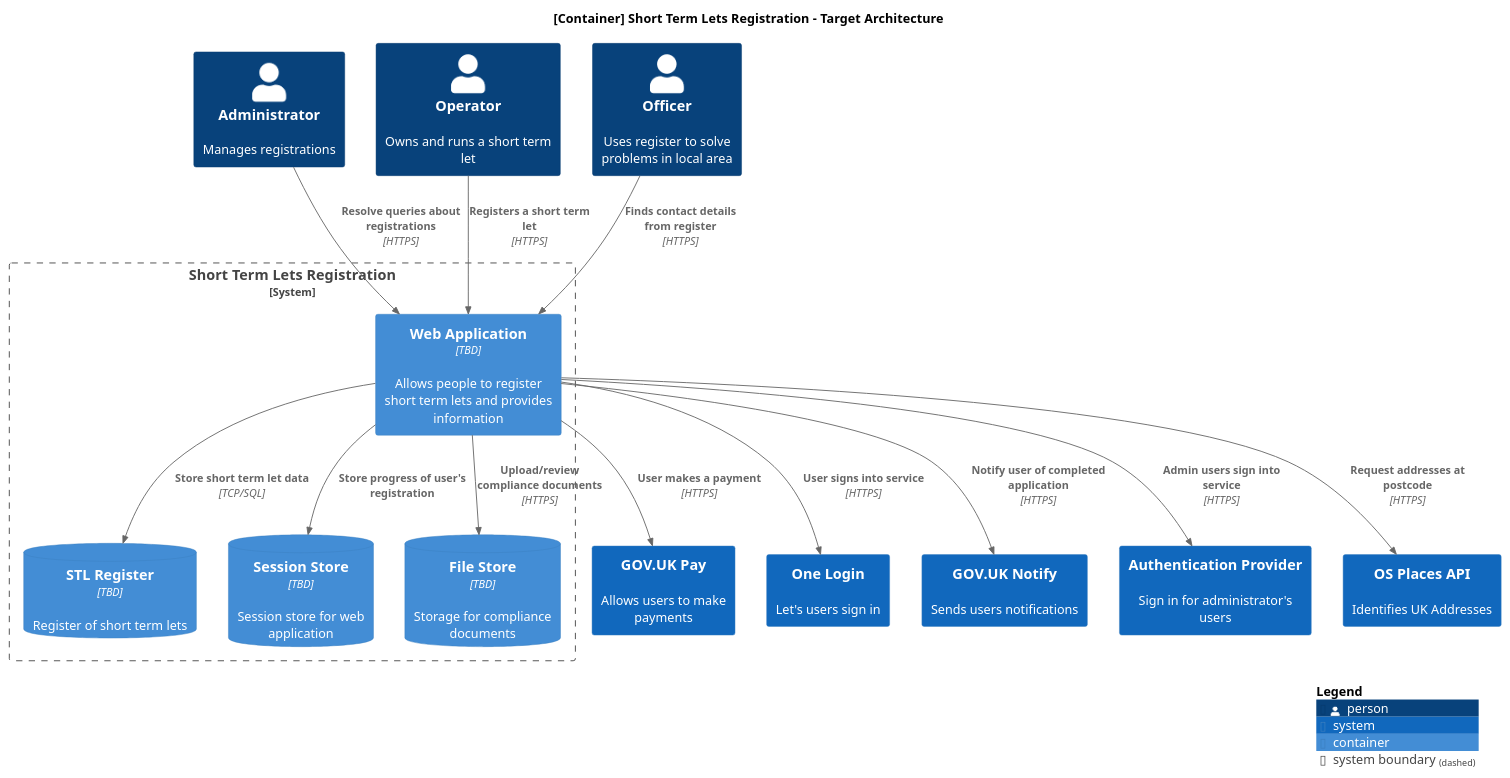
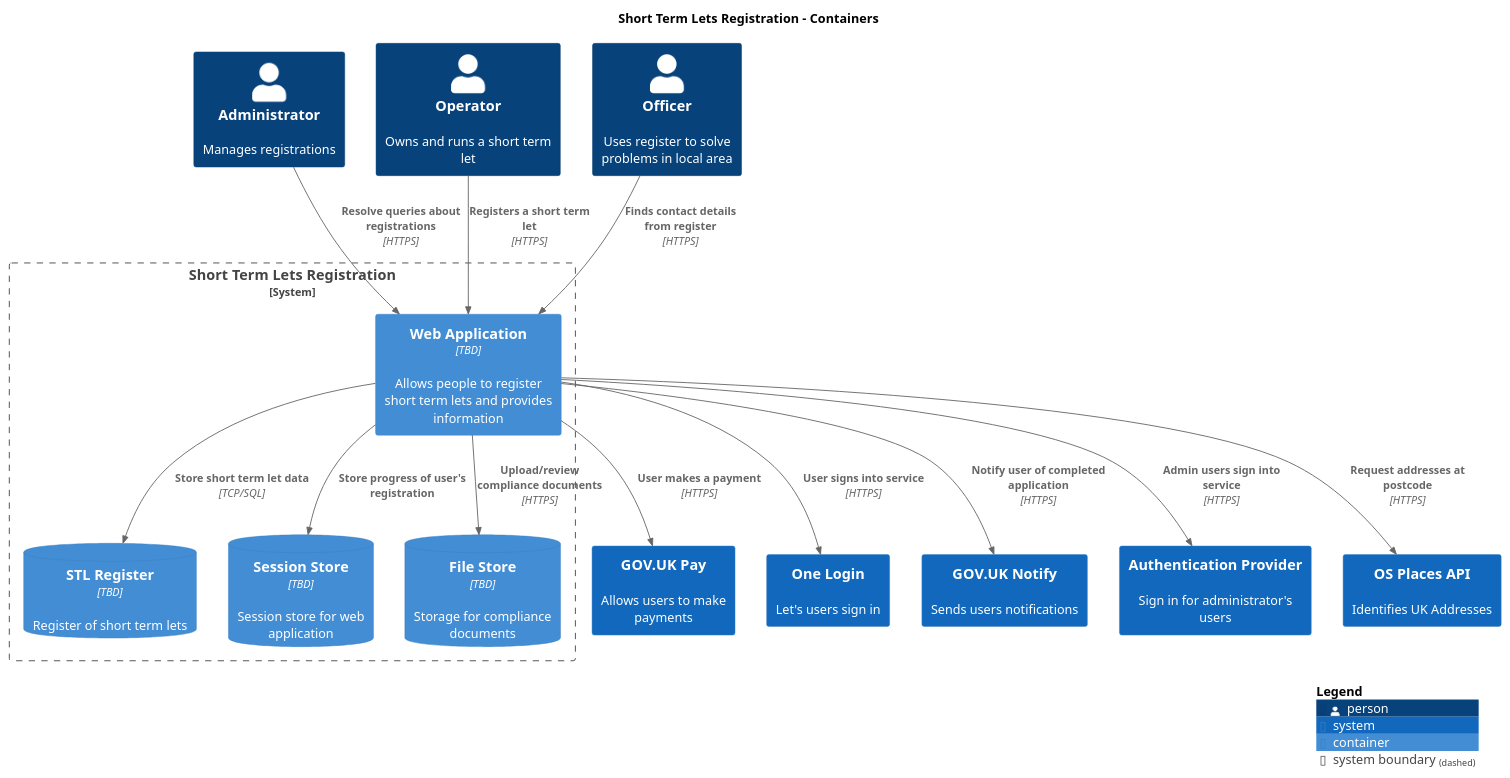
Before and after one commit to DCMSstats/stl-architecture: the diagram in main/puml/Containers.puml, drawn with PlantUML. The commit also changed 83 other files, not shown here.

Commit message:
Deploying to gh-pages from @ DCMSstats/stl-architecture@21260e76fb5324c2d35b4237998d0be9f301b07d 🚀

```diff
--- a/main/puml/Containers.puml
+++ b/main/puml/Containers.puml
@@ -1,40 +1,40 @@
 @startuml
 set separator none
-title [Container] Short Term Lets Registration - Target Architecture
+title Short Term Lets Registration - Containers
 
 top to bottom direction
 
 !include <C4/C4>
 !include <C4/C4_Context>
 !include <C4/C4_Container>
 
 Person(Administrator, "Administrator", $descr="Manages registrations", $tags="", $link="")
 Person(Operator, "Operator", $descr="Owns and runs a short term let", $tags="", $link="")
 Person(Officer, "Officer", $descr="Uses register to solve problems in local area", $tags="", $link="")
 System(GOVUKPay, "GOV.UK Pay", $descr="Allows users to make payments", $tags="", $link="")
 System(OneLogin, "One Login", $descr="Let's users sign in", $tags="", $link="")
 System(GOVUKNotify, "GOV.UK Notify", $descr="Sends users notifications", $tags="", $link="")
 System(AuthenticationProvider, "Authentication Provider", $descr="Sign in for administrator's users", $tags="", $link="")
 System(OSPlacesAPI, "OS Places API", $descr="Identifies UK Addresses", $tags="", $link="")
 
 System_Boundary("ShortTermLetsRegistration_boundary", "Short Term Lets Registration", $tags="") {
   Container(ShortTermLetsRegistration.WebApplication, "Web Application", $techn="TBD", $descr="Allows people to register short term lets and provides information", $tags="", $link="")
   ContainerDb(ShortTermLetsRegistration.STLRegister, "STL Register", $techn="TBD", $descr="Register of short term lets", $tags="", $link="")
   ContainerDb(ShortTermLetsRegistration.SessionStore, "Session Store", $techn="TBD", $descr="Session store for web application", $tags="", $link="")
   ContainerDb(ShortTermLetsRegistration.FileStore, "File Store", $techn="TBD", $descr="Storage for compliance documents", $tags="", $link="")
 }
 
 Rel(Operator, ShortTermLetsRegistration.WebApplication, "Registers a short term let", $techn="HTTPS", $tags="", $link="")
 Rel(Administrator, ShortTermLetsRegistration.WebApplication, "Resolve queries about registrations", $techn="HTTPS", $tags="", $link="")
 Rel(Officer, ShortTermLetsRegistration.WebApplication, "Finds contact details from register", $techn="HTTPS", $tags="", $link="")
 Rel(ShortTermLetsRegistration.WebApplication, ShortTermLetsRegistration.STLRegister, "Store short term let data", $techn="TCP/SQL", $tags="", $link="")
 Rel(ShortTermLetsRegistration.WebApplication, GOVUKPay, "User makes a payment", $techn="HTTPS", $tags="", $link="")
 Rel(ShortTermLetsRegistration.WebApplication, OneLogin, "User signs into service", $techn="HTTPS", $tags="", $link="")
 Rel(ShortTermLetsRegistration.WebApplication, AuthenticationProvider, "Admin users sign into service", $techn="HTTPS", $tags="", $link="")
 Rel(ShortTermLetsRegistration.WebApplication, GOVUKNotify, "Notify user of completed application", $techn="HTTPS", $tags="", $link="")
 Rel(ShortTermLetsRegistration.WebApplication, ShortTermLetsRegistration.SessionStore, "Store progress of user's registration", $techn="", $tags="", $link="")
 Rel(ShortTermLetsRegistration.WebApplication, ShortTermLetsRegistration.FileStore, "Upload/review compliance documents", $techn="HTTPS", $tags="", $link="")
 Rel(ShortTermLetsRegistration.WebApplication, OSPlacesAPI, "Request addresses at postcode", $techn="HTTPS", $tags="", $link="")
 
 SHOW_LEGEND(true)
 @enduml
```
